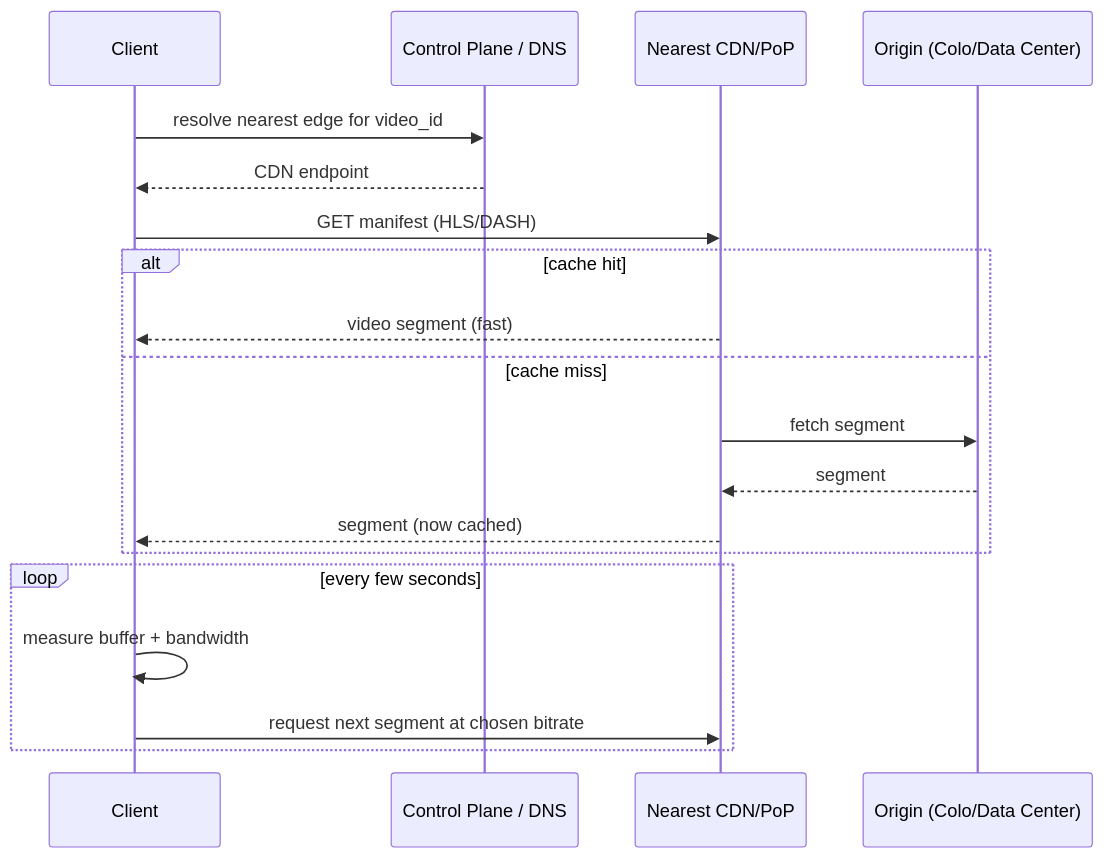
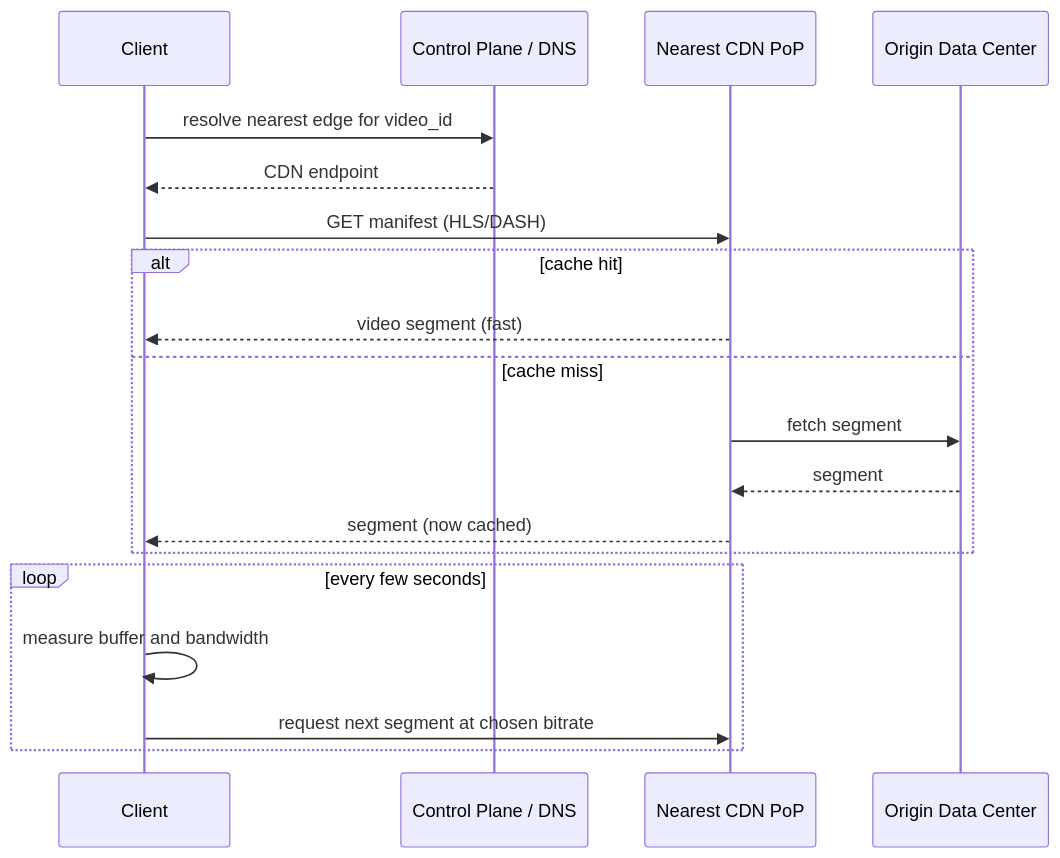
Before and after one commit to riyaz-pasha/Learnings: diagram 14 of 24 in system-design/HLD/0-course/26-Design YouTube-FAANG-Guide.md, drawn with Mermaid. The commit also changed other lines of this file and 1 other file, not shown here.

Commit message:
docs: simplify language and clean up mermaid diagrams in YouTube design guide

````diff
--- a/system-design/HLD/0-course/26-Design YouTube-FAANG-Guide.md
+++ b/system-design/HLD/0-course/26-Design YouTube-FAANG-Guide.md
@@ -579,22 +681,22 @@
 ```mermaid
 sequenceDiagram
     participant C as Client
     participant CTRL as Control Plane / DNS
-    participant CDN as Nearest CDN/PoP
-    participant ORIGIN as Origin (Colo/Data Center)
+    participant CDN as Nearest CDN PoP
+    participant ORIGIN as Origin Data Center
 
     C->>CTRL: resolve nearest edge for video_id
     CTRL-->>C: CDN endpoint
     C->>CDN: GET manifest (HLS/DASH)
     alt cache hit
         CDN-->>C: video segment (fast)
     else cache miss
         CDN->>ORIGIN: fetch segment
         ORIGIN-->>CDN: segment
         CDN-->>C: segment (now cached)
     end
     loop every few seconds
-        C->>C: measure buffer + bandwidth
+        C->>C: measure buffer and bandwidth
         C->>CDN: request next segment at chosen bitrate
     end
 ```
````
